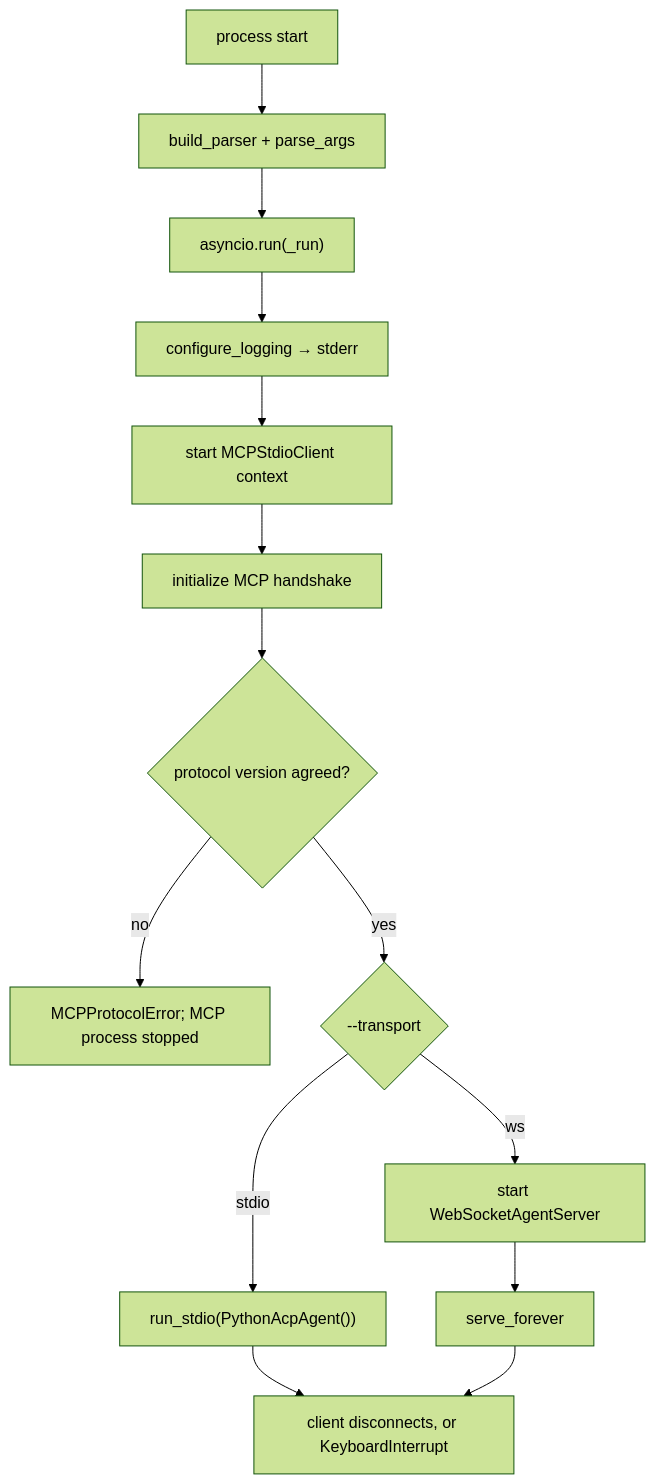
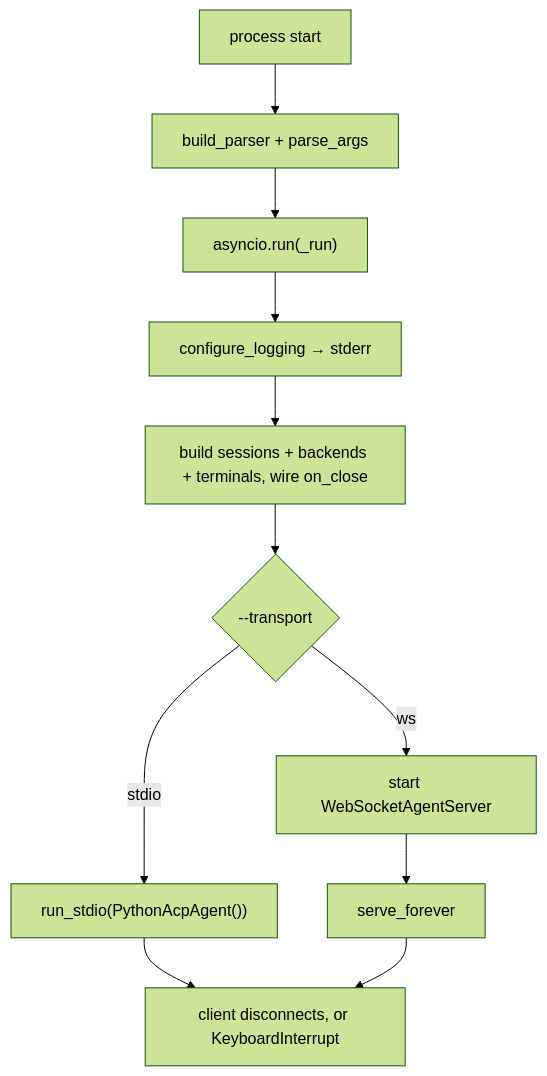
One commit to Digital-Dimentia/python-acp changed the diagram in src/python_acp/cli.md. Above: the diagram before and after it, drawn with Mermaid (forest theme). The commit also changed other lines of this file and 23 other files, not shown here.

````diff
--- a/src/python_acp/cli.md
+++ b/src/python_acp/cli.md
@@ -57,16 +52,13 @@
 ```mermaid
 flowchart TD
     Start["process start"] --> Parse["build_parser + parse_args"]
     Parse --> AsyncRun["asyncio.run(_run)"]
     AsyncRun --> Log["configure_logging → stderr"]
-    Log --> MCPStart["start MCPStdioClient context"]
-    MCPStart --> Init["initialize MCP handshake"]
-    Init --> Version{"protocol version agreed?"}
-    Version -- no --> Abort["MCPProtocolError; MCP process stopped"]
-    Version -- yes --> Pick{"--transport"}
+    Log --> Registries["build sessions + backends + terminals, wire on_close"]
+    Registries --> Pick{"--transport"}
     Pick -- stdio --> Stdio["run_stdio(PythonAcpAgent())"]
     Pick -- ws --> BridgeStart["start WebSocketAgentServer"]
     BridgeStart --> Serve["serve_forever"]
     Stdio --> Stop["client disconnects, or KeyboardInterrupt"]
     Serve --> Stop
 ```
````
